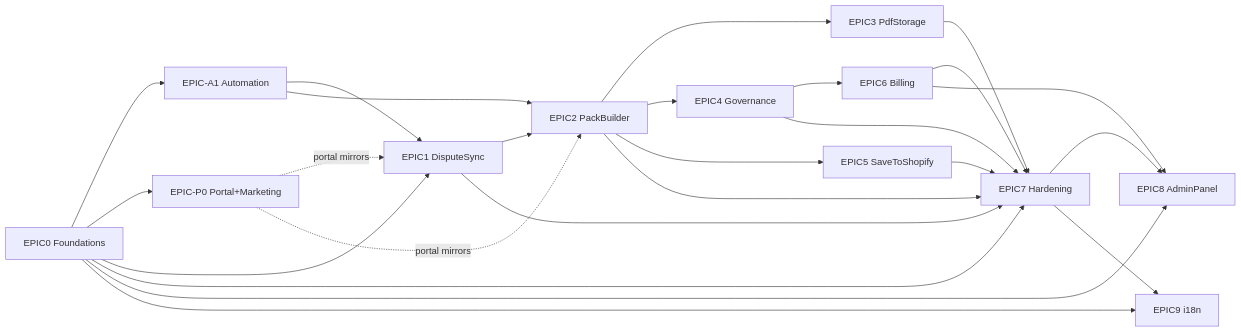
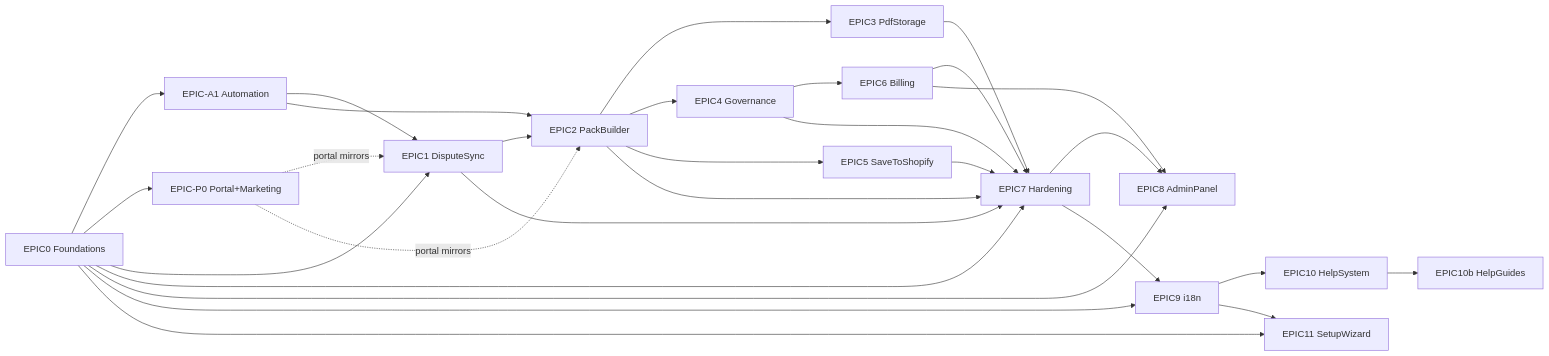
Before and after one commit to Johan-Jo/dispute-desk: the diagram in docs/roadmap.md, drawn with Mermaid. The commit also changed other lines of this file and 3 other files, not shown here.

First line of the commit message:
docs: update technical docs, architecture, README, and roadmap for setup wizard + help guides

````diff
--- a/docs/roadmap.md
+++ b/docs/roadmap.md
@@ -25,27 +27,31 @@
 ```mermaid
 flowchart LR
   E0[EPIC0 Foundations] --> EA1[EPIC-A1 Automation]
   E0 --> EP0[EPIC-P0 Portal+Marketing]
   E0 --> E1[EPIC1 DisputeSync]
   EA1 --> E1
   EA1 --> E2[EPIC2 PackBuilder]
   EP0 -.->|portal mirrors| E1
   EP0 -.->|portal mirrors| E2
   E1 --> E2
   E2 --> E3[EPIC3 PdfStorage]
   E2 --> E4[EPIC4 Governance]
   E2 --> E5[EPIC5 SaveToShopify]
   E4 --> E6[EPIC6 Billing]
   E0 --> E7[EPIC7 Hardening]
   E1 --> E7
   E2 --> E7
   E3 --> E7
   E4 --> E7
   E5 --> E7
   E6 --> E7
   E0 --> E8[EPIC8 AdminPanel]
   E6 --> E8
   E7 --> E8
   E0 --> E9[EPIC9 i18n]
   E7 --> E9
+  E9 --> E10[EPIC10 HelpSystem]
+  E10 --> E10b[EPIC10b HelpGuides]
+  E0 --> E11[EPIC11 SetupWizard]
+  E9 --> E11
 ```
````
